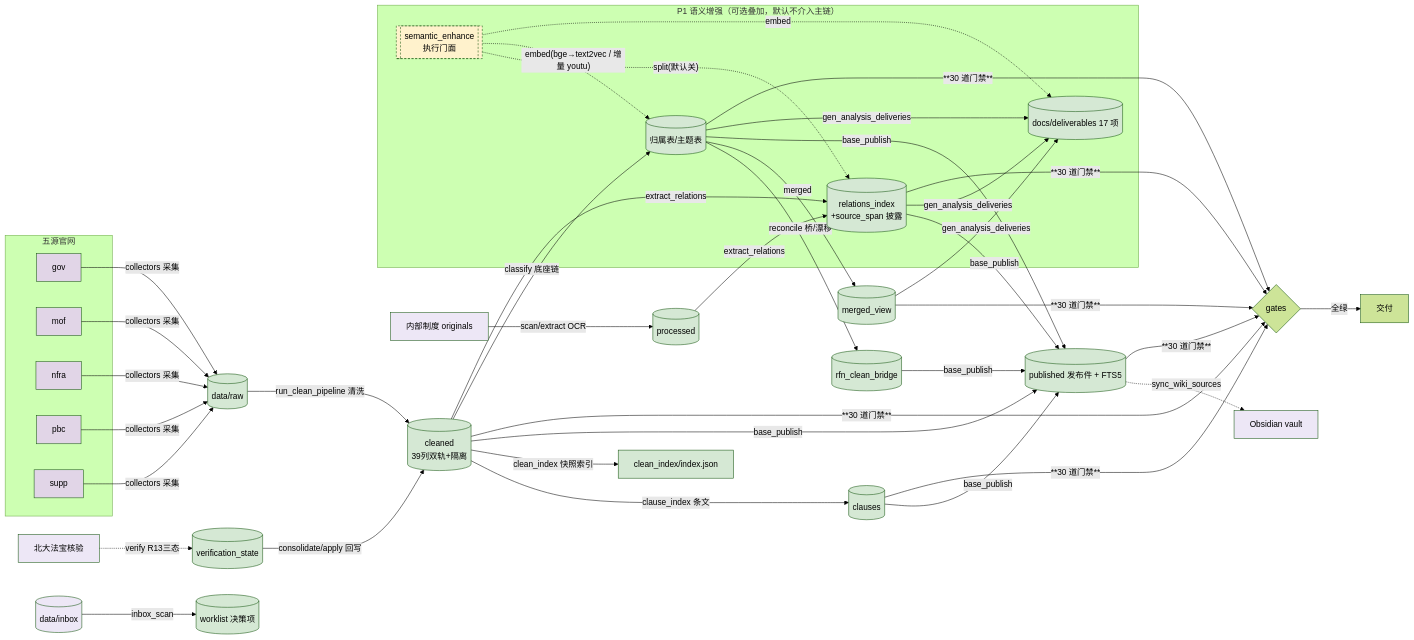
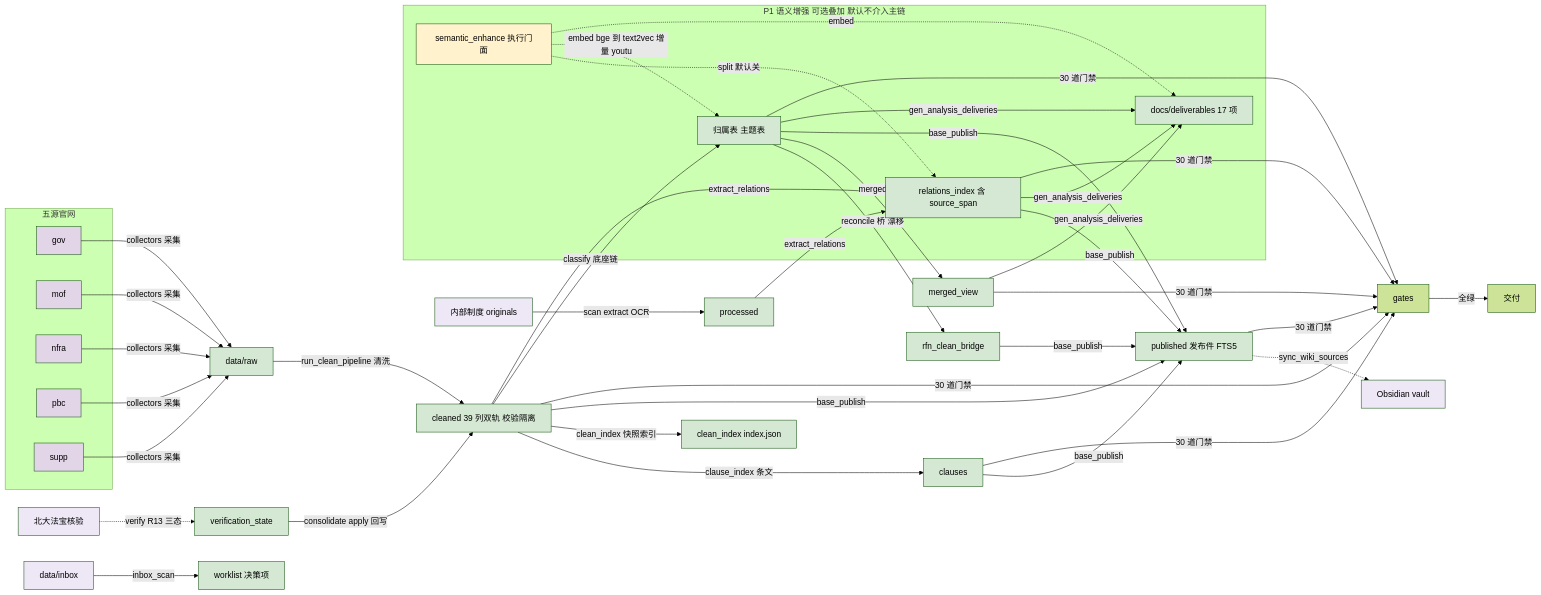
The second of 4 diagrams in README.md (wangtierui/orchestrator), drawn with Mermaid (forest theme) before and after one commit. The commit also changed other lines of this file and 73 other files, not shown here.

````diff
--- a/README.md
+++ b/README.md
@@ -190,38 +197,57 @@
 ```mermaid
 flowchart LR
     subgraph SRC[五源官网]
-        G[gov] ; M[mof] ; N[nfra] ; P[pbc] ; S[supp]
+        G[gov]
+        M[mof]
+        N[nfra]
+        P[pbc]
+        S[supp]
     end
-    G & M & N & P & S -->|collectors 采集| RAW[(data/raw)]
-    RAW -->|run_clean_pipeline 清洗| C[(cleaned<br/>39列双轨+隔离)]
-    C -->|clause_index 条文| CL[(clauses)]
-    C -->|clean_index 快照索引| CIDX[clean_index/index.json]
-    V[北大法宝核验] -.->|verify R13三态| STV[(verification_state)]
-    STV -->|consolidate/apply 回写| C
-    C -->|classify 底座链| AT[(归属表/主题表)]
-    C -->|extract_relations| REL[(relations_index<br/>+source_span 披露)]
-    INT[内部制度 originals] -->|scan/extract OCR| PC[(processed)]
+    G -->|collectors 采集| RAW[data/raw]
+    M -->|collectors 采集| RAW
+    N -->|collectors 采集| RAW
+    P -->|collectors 采集| RAW
+    S -->|collectors 采集| RAW
+    RAW -->|run_clean_pipeline 清洗| C[cleaned 39 列双轨 校验隔离]
+    C -->|clause_index 条文| CL[clauses]
+    C -->|clean_index 快照索引| CIDX[clean_index index.json]
+    V[北大法宝核验] -.->|verify R13 三态| STV[verification_state]
+    STV -->|consolidate apply 回写| C
+    C -->|classify 底座链| AT[归属表 主题表]
+    C -->|extract_relations| REL[relations_index 含 source_span]
+    INT[内部制度 originals] -->|scan extract OCR| PC[processed]
     PC -->|extract_relations| REL
-    AT -->|reconcile 桥/漂移| BR[(rfn_clean_bridge)]
-    AT -->|merged| MV[(merged_view)]
-    C & CL & BR & AT & REL -->|base_publish| PUB[(published 发布件 + FTS5)]
-    AT & MV & REL -->|gen_analysis_deliveries| AN[(docs/deliverables 17 项)]
-    INBOX[(data/inbox)] -->|inbox_scan| WL[(worklist 决策项)]
+    AT -->|reconcile 桥 漂移| BR[rfn_clean_bridge]
+    AT -->|merged| MV[merged_view]
+    C -->|base_publish| PUB[published 发布件 FTS5]
+    CL -->|base_publish| PUB
+    BR -->|base_publish| PUB
+    AT -->|base_publish| PUB
+    REL -->|base_publish| PUB
+    AT -->|gen_analysis_deliveries| AN[docs/deliverables 17 项]
+    MV -->|gen_analysis_deliveries| AN
+    REL -->|gen_analysis_deliveries| AN
+    INBOX[data/inbox] -->|inbox_scan| WL[worklist 决策项]
     PUB -.->|sync_wiki_sources| KB[Obsidian vault]
-    C & CL & AT & REL & MV & PUB -->|**30 道门禁**| G8{gates}
+    C -->|30 道门禁| G8[gates]
+    CL -->|30 道门禁| G8
+    AT -->|30 道门禁| G8
+    REL -->|30 道门禁| G8
+    MV -->|30 道门禁| G8
+    PUB -->|30 道门禁| G8
     G8 -->|全绿| OK[交付]
-    subgraph P1[P1 语义增强（可选叠加，默认不介入主链）]
-        SE[["semantic_enhance<br/>执行门面"]]
-        SE -.->|"split(默认关)"| REL
-        SE -.->|"embed(bge→text2vec / 增量 youtu)"| AT
-        SE -.->|"embed"| AN
+    subgraph P1[P1 语义增强 可选叠加 默认不介入主链]
+        SE[semantic_enhance 执行门面]
+        SE -.->|split 默认关| REL
+        SE -.->|embed bge 到 text2vec 增量 youtu| AT
+        SE -.->|embed| AN
     end
     classDef src fill:#e1d5e7
     classDef store fill:#d5e8d4
     classDef ext fill:#ede7f6
-    classDef enh fill:#fff2cc,stroke-dasharray:4 3
+    classDef enh fill:#fff2cc
     class G,M,N,P,S src
     class RAW,C,CL,CIDX,STV,AT,REL,PC,BR,MV,PUB,AN,WL store
     class V,INT,INBOX,KB ext
     class SE enh
 ```
````
